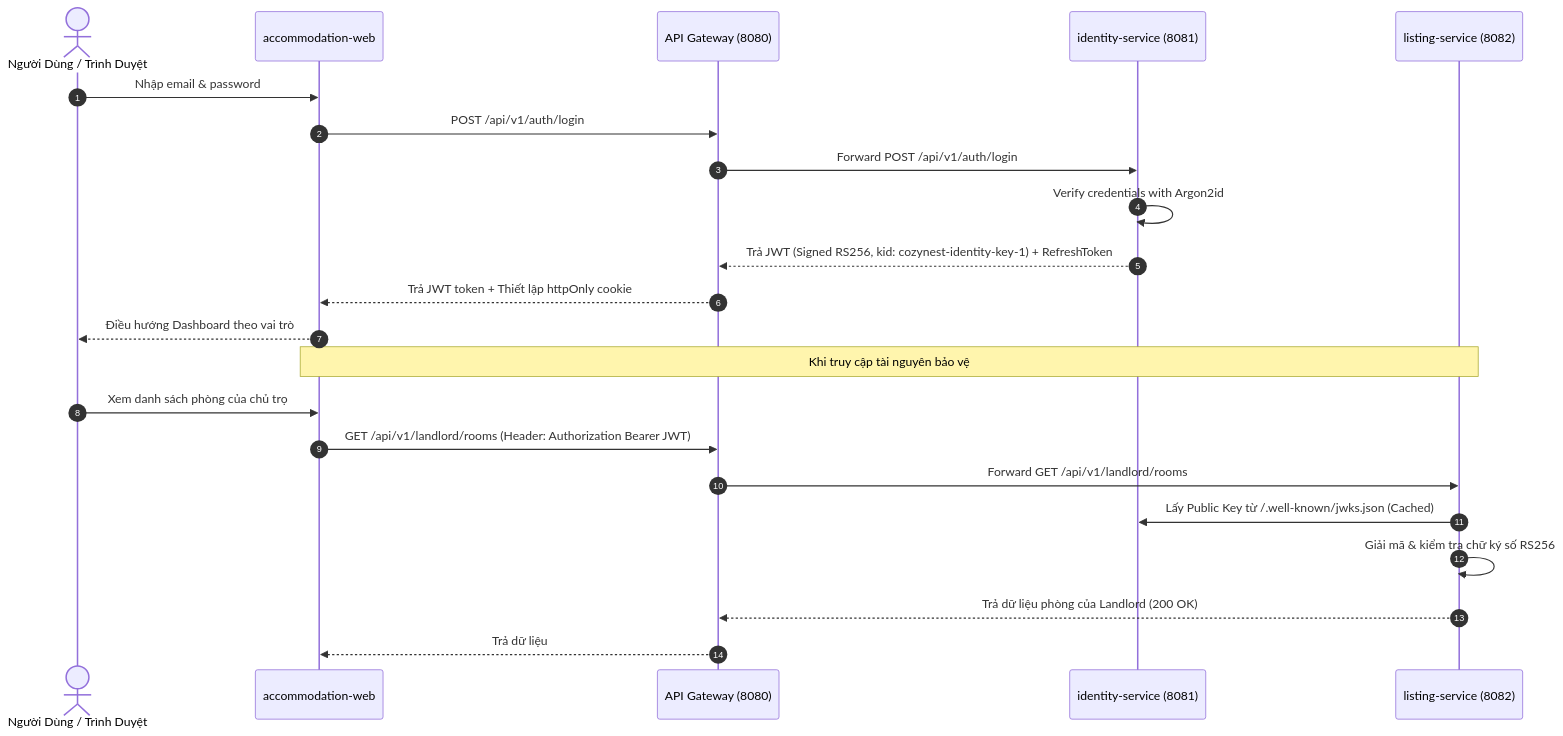
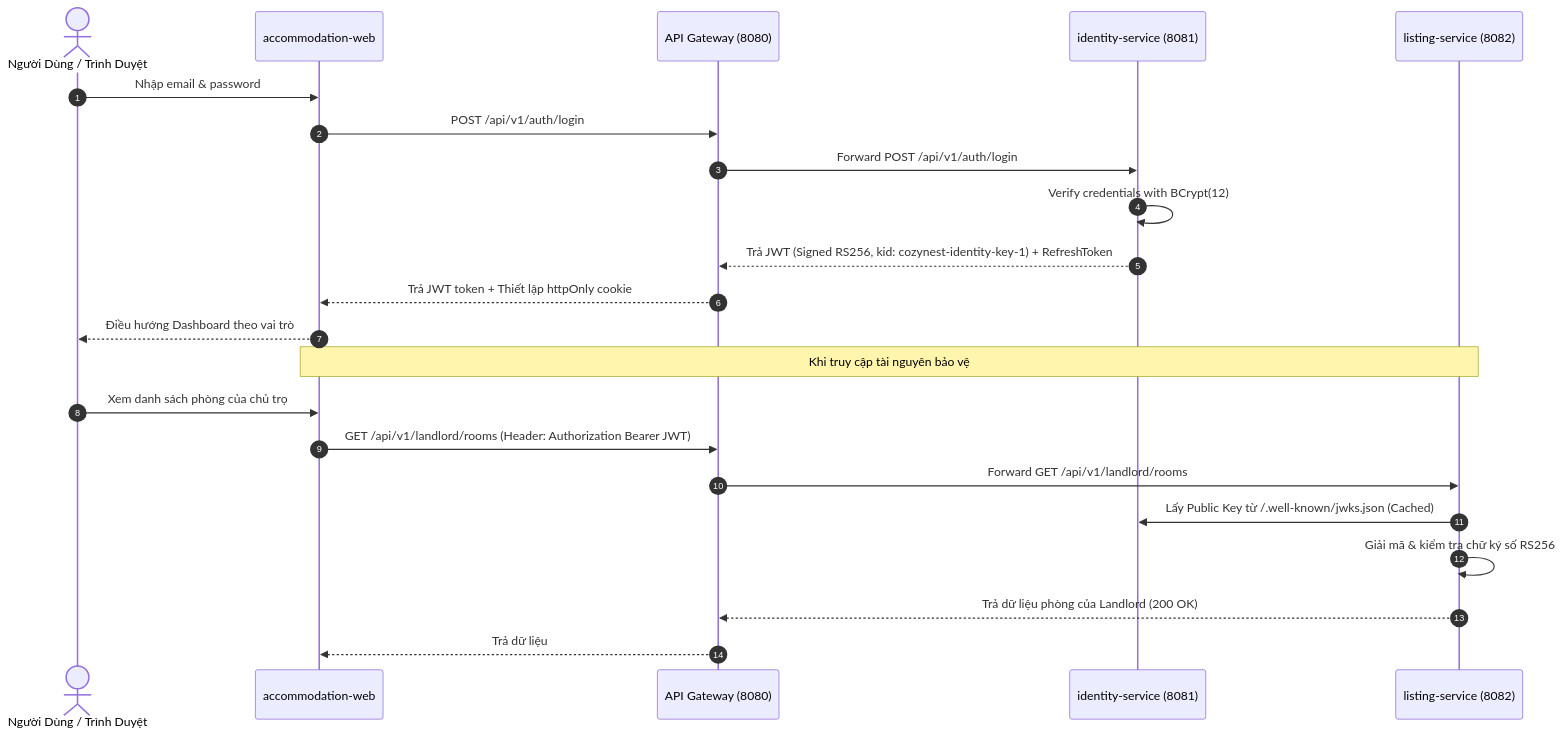
One commit to ChongChi-hub/accommodation-service changed the second of 3 diagrams in docs/SERVICE-01_MIGRATION.md. Above: the diagram before and after it, drawn with Mermaid. The commit also changed other lines of this file and 41 other files, not shown here.

````diff
--- a/docs/SERVICE-01_MIGRATION.md
+++ b/docs/SERVICE-01_MIGRATION.md
@@ -185,26 +185,26 @@
 ```mermaid
 sequenceDiagram
     autonumber
     actor Tenant as Người Dùng / Trình Duyệt
     participant Web as accommodation-web
     participant Gateway as API Gateway (8080)
     participant Identity as identity-service (8081)
     participant Listing as listing-service (8082)
 
     Tenant->>Web: Nhập email & password
     Web->>Gateway: POST /api/v1/auth/login
     Gateway->>Identity: Forward POST /api/v1/auth/login
-    Identity->>Identity: Verify credentials with Argon2id
+    Identity->>Identity: Verify credentials with BCrypt(12)
     Identity-->>Gateway: Trả JWT (Signed RS256, kid: cozynest-identity-key-1) + RefreshToken
     Gateway-->>Web: Trả JWT token + Thiết lập httpOnly cookie
     Web-->>Tenant: Điều hướng Dashboard theo vai trò
 
     Note over Web,Listing: Khi truy cập tài nguyên bảo vệ
     Tenant->>Web: Xem danh sách phòng của chủ trọ
     Web->>Gateway: GET /api/v1/landlord/rooms (Header: Authorization Bearer JWT)
     Gateway->>Listing: Forward GET /api/v1/landlord/rooms
     Listing->>Identity: Lấy Public Key từ /.well-known/jwks.json (Cached)
     Listing->>Listing: Giải mã & kiểm tra chữ ký số RS256
     Listing-->>Gateway: Trả dữ liệu phòng của Landlord (200 OK)
     Gateway-->>Web: Trả dữ liệu
 ```
````
